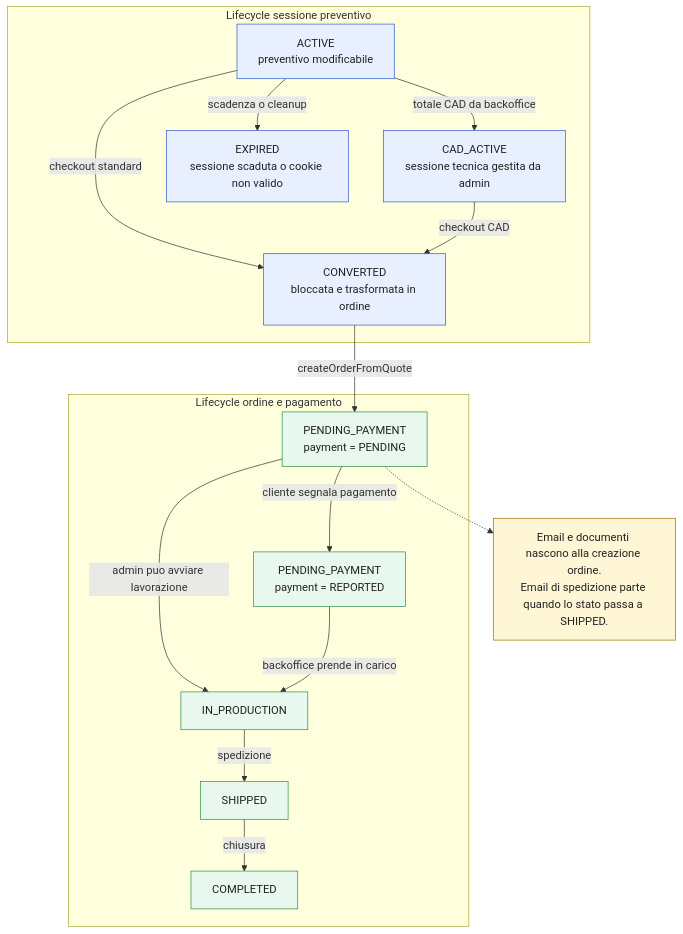
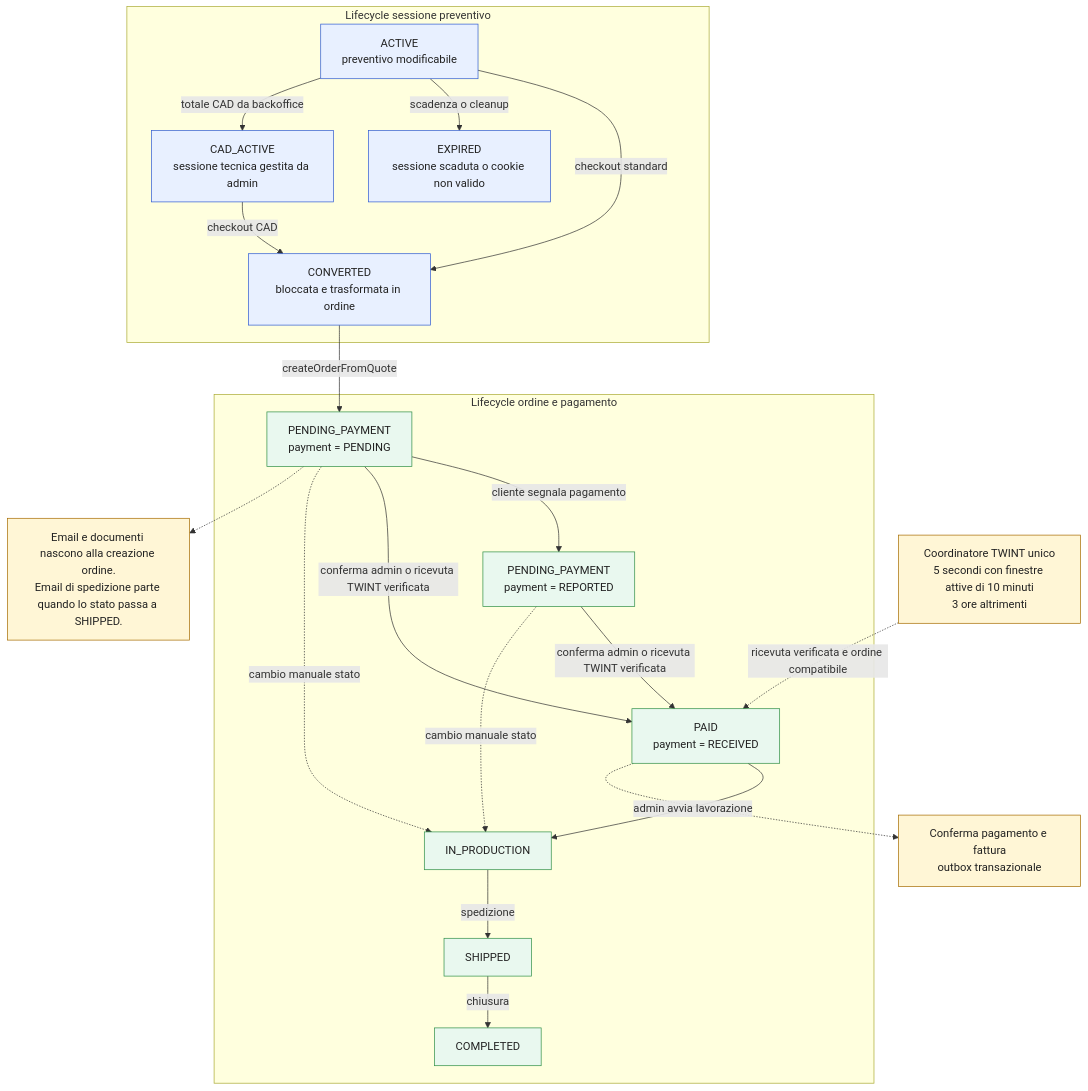
Before and after one commit to joekueng/3d-fab.ch: the diagram in docs/uml/08-lifecycle-sessione-e-ordine.mmd, drawn with Mermaid. The commit also changed 14 other files, not shown here.

```diff
--- a/docs/uml/08-lifecycle-sessione-e-ordine.mmd
+++ b/docs/uml/08-lifecycle-sessione-e-ordine.mmd
@@ -1,34 +1,43 @@
 flowchart TB
     classDef quote fill:#e8f0ff,stroke:#2f5bd1,color:#222;
     classDef order fill:#e9f8ef,stroke:#2f8f46,color:#222;
     classDef note fill:#fff6d6,stroke:#a66c00,color:#222;
 
     subgraph QuoteLifecycle[Lifecycle sessione preventivo]
         Q1[ACTIVE<br/>preventivo modificabile]:::quote
         Q2[CAD_ACTIVE<br/>sessione tecnica gestita da admin]:::quote
         Q3[CONVERTED<br/>bloccata e trasformata in ordine]:::quote
         Q4[EXPIRED<br/>sessione scaduta o cookie non valido]:::quote
 
         Q1 -->|checkout standard| Q3
         Q1 -->|scadenza o cleanup| Q4
         Q1 -->|totale CAD da backoffice| Q2
         Q2 -->|checkout CAD| Q3
     end
 
     subgraph OrderLifecycle[Lifecycle ordine e pagamento]
         O1[PENDING_PAYMENT<br/>payment = PENDING]:::order
         O2[PENDING_PAYMENT<br/>payment = REPORTED]:::order
+        Paid[PAID<br/>payment = RECEIVED]:::order
         O3[IN_PRODUCTION]:::order
         O4[SHIPPED]:::order
         O5[COMPLETED]:::order
 
         O1 -->|cliente segnala pagamento| O2
-        O1 -->|admin puo avviare lavorazione| O3
-        O2 -->|backoffice prende in carico| O3
+        O1 -->|conferma admin o ricevuta TWINT verificata| Paid
+        O2 -->|conferma admin o ricevuta TWINT verificata| Paid
+        Paid -->|admin avvia lavorazione| O3
+        O1 -.->|cambio manuale stato| O3
+        O2 -.->|cambio manuale stato| O3
         O3 -->|spedizione| O4
         O4 -->|chiusura| O5
     end
 
     Q3 -->|createOrderFromQuote| O1
     Note1[Email e documenti nascono alla creazione ordine.<br/>Email di spedizione parte quando lo stato passa a SHIPPED.]:::note
     O1 -.-> Note1
+
+    PaymentMail[Conferma pagamento e fattura<br/>outbox transazionale]:::note
+    Paid -.-> PaymentMail
+    Twint[Coordinatore TWINT unico<br/>5 secondi con finestre attive di 10 minuti<br/>3 ore altrimenti]:::note
+    Twint -.->|ricevuta verificata e ordine compatibile| Paid
```
